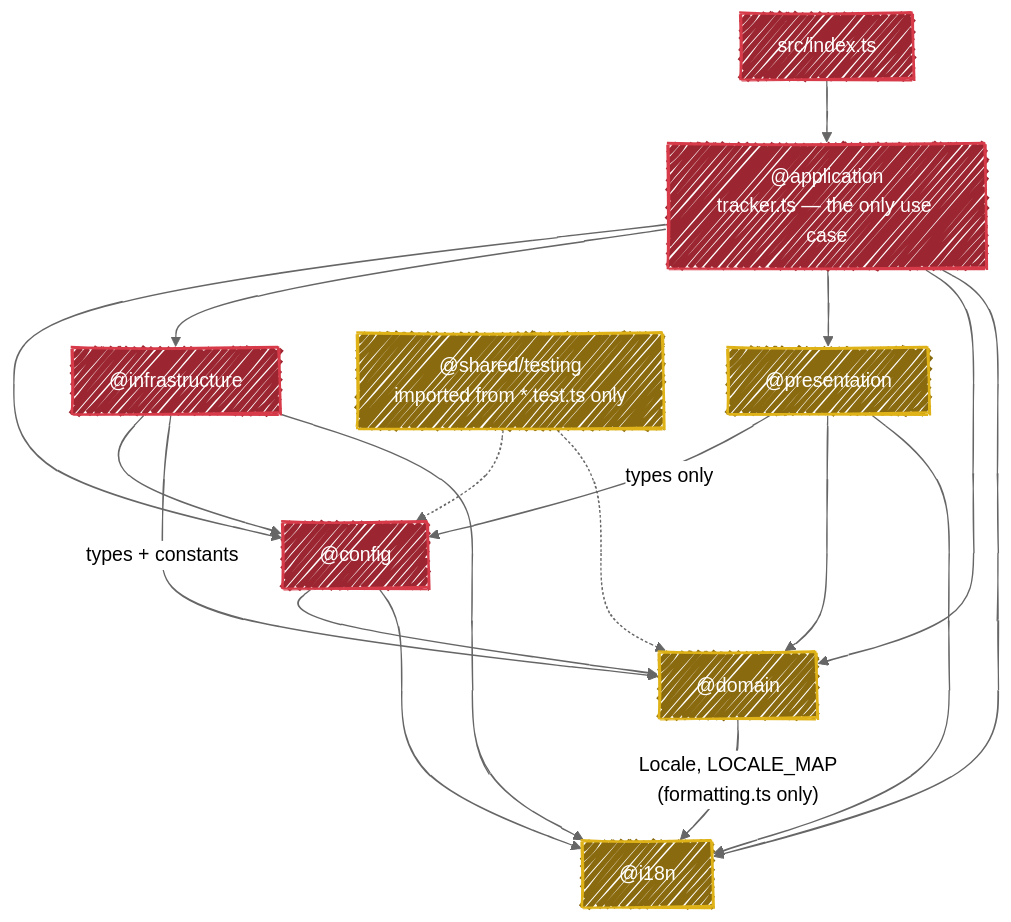
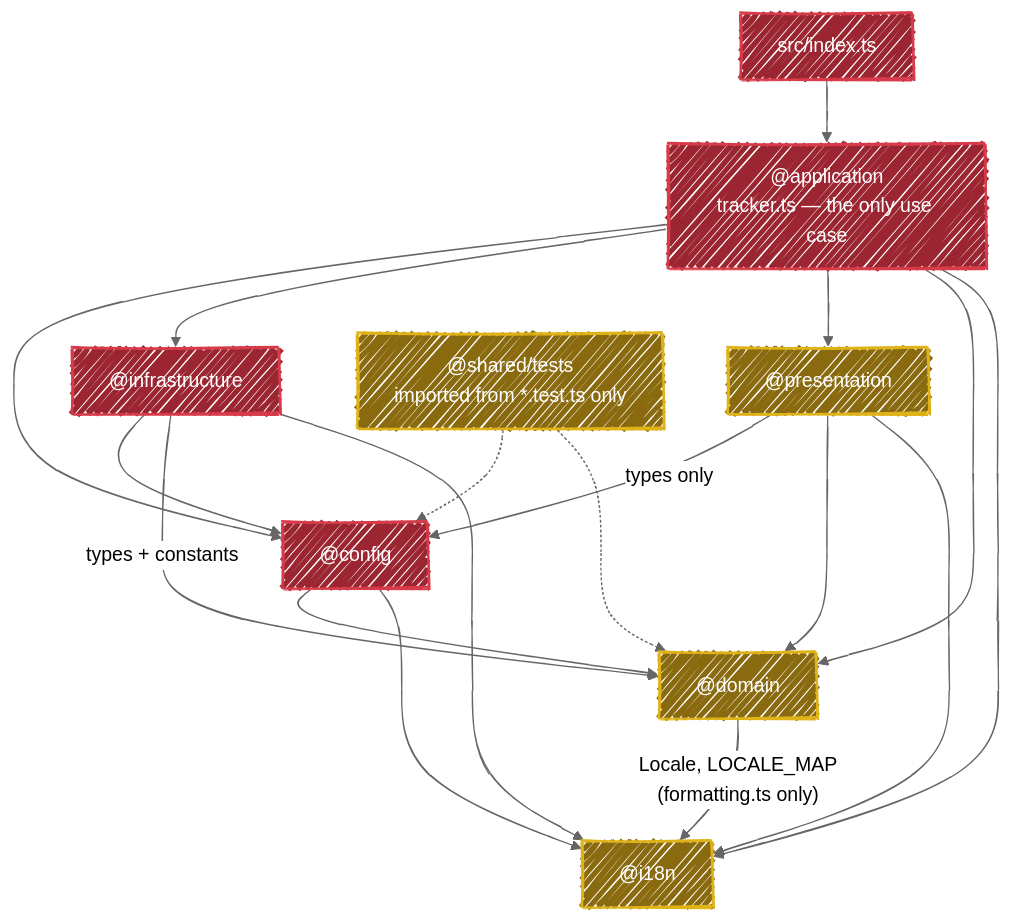
The diagram in ARCHITECTURE.md (fbuireu/github-star-tracker), drawn with Mermaid before and after one commit. The commit also changed other lines of this file and 16 other files, not shown here.

First line of the commit message:
refactor(testing): rename src/shared/testing to src/shared/tests

````diff
--- a/ARCHITECTURE.md
+++ b/ARCHITECTURE.md
@@ -15,33 +15,33 @@
 ```mermaid
 ---
 config:
   look: handDrawn
   theme: neutral
 ---
 flowchart TD
     idx["src/index.ts"] --> app["@application<br/>tracker.ts — the only use case"]
 
     app --> cfg["@config"]
     app --> infra["@infrastructure"]
     app --> pres["@presentation"]
     app --> dom["@domain"]
     app --> i18n["@i18n"]
 
     cfg --> dom
     cfg --> i18n
     pres -->|types only| cfg
     pres --> dom
     pres --> i18n
     infra --> cfg
     infra -->|types + constants| dom
     infra --> i18n
     dom -->|"Locale, LOCALE_MAP<br/>(formatting.ts only)"| i18n
 
-    test["@shared/testing<br/>imported from *.test.ts only"] -.-> cfg
+    test["@shared/tests<br/>imported from *.test.ts only"] -.-> cfg
     test -.-> dom
 
     classDef pure fill:#8a6a0f,stroke:#dfb317,stroke-width:2px,color:#fff
     classDef shell fill:#9b2530,stroke:#d73a49,stroke-width:2px,color:#fff
     class dom,pres,i18n,test pure
     class idx,app,cfg,infra shell
 ```
````
